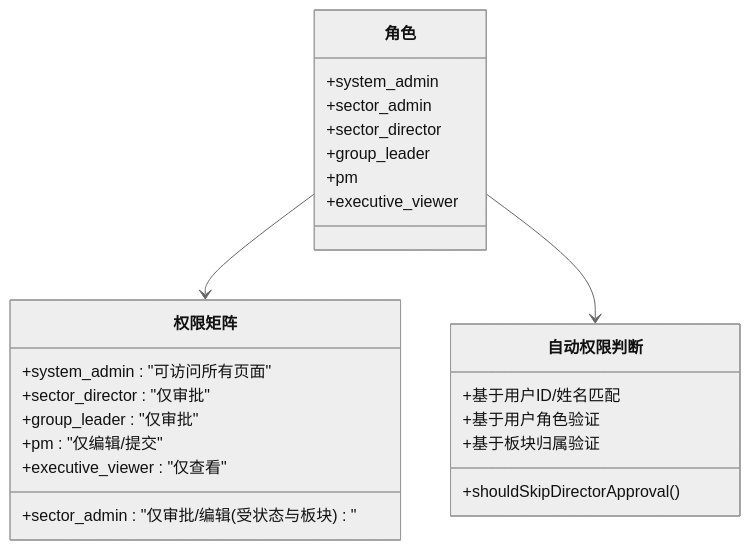
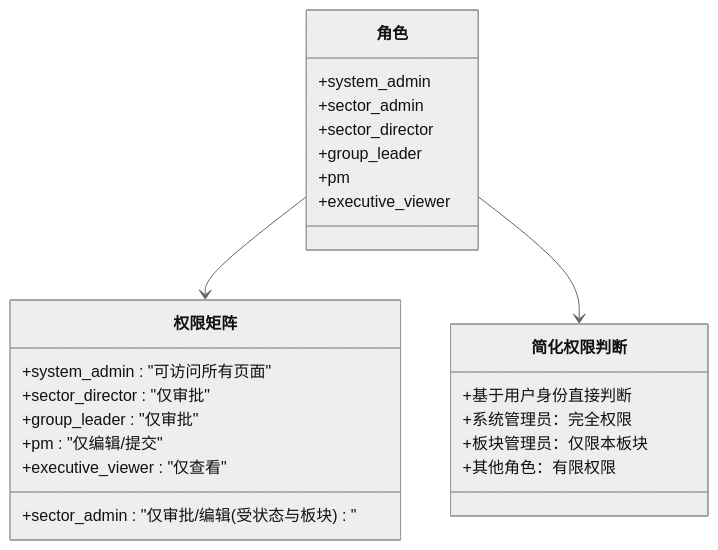
One commit to marcelxu0272/202605_project-tracking-table changed the fifth of 7 diagrams in .qoder/repowiki/zh/content/核心业务模块/审批工作流系统.md. Above: the diagram before and after it, drawn with Mermaid (neutral theme). The commit also changed other lines of this file and 15 other files, not shown here.

````diff
--- a/.qoder/repowiki/zh/content/核心业务模块/审批工作流系统.md
+++ b/.qoder/repowiki/zh/content/核心业务模块/审批工作流系统.md
@@ -211,27 +228,27 @@
 ```mermaid
 classDiagram
 class 角色 {
 +system_admin
 +sector_admin
 +sector_director
 +group_leader
 +pm
 +executive_viewer
 }
 class 权限矩阵 {
 +system_admin : "可访问所有页面"
 +sector_admin : "仅审批/编辑(受状态与板块)"
 +sector_director : "仅审批"
 +group_leader : "仅审批"
 +pm : "仅编辑/提交"
 +executive_viewer : "仅查看"
 }
-class 自动权限判断 {
-+shouldSkipDirectorApproval()
-+基于用户ID/姓名匹配
-+基于用户角色验证
-+基于板块归属验证
+class 简化权限判断 {
++基于用户身份直接判断
++系统管理员：完全权限
++板块管理员：仅限本板块
++其他角色：有限权限
 }
 角色 --> 权限矩阵
-角色 --> 自动权限判断
+角色 --> 简化权限判断
 ```
````
